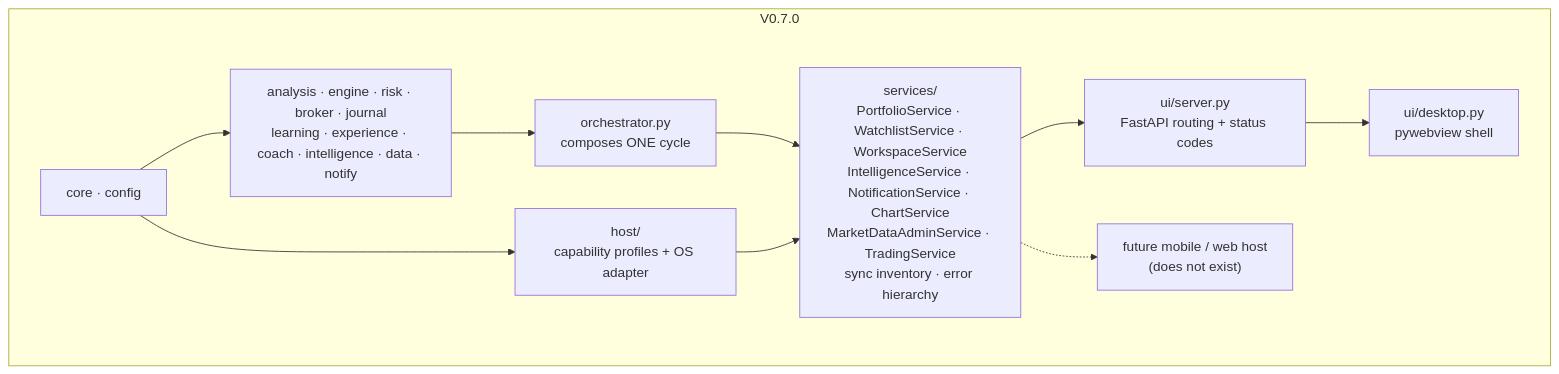
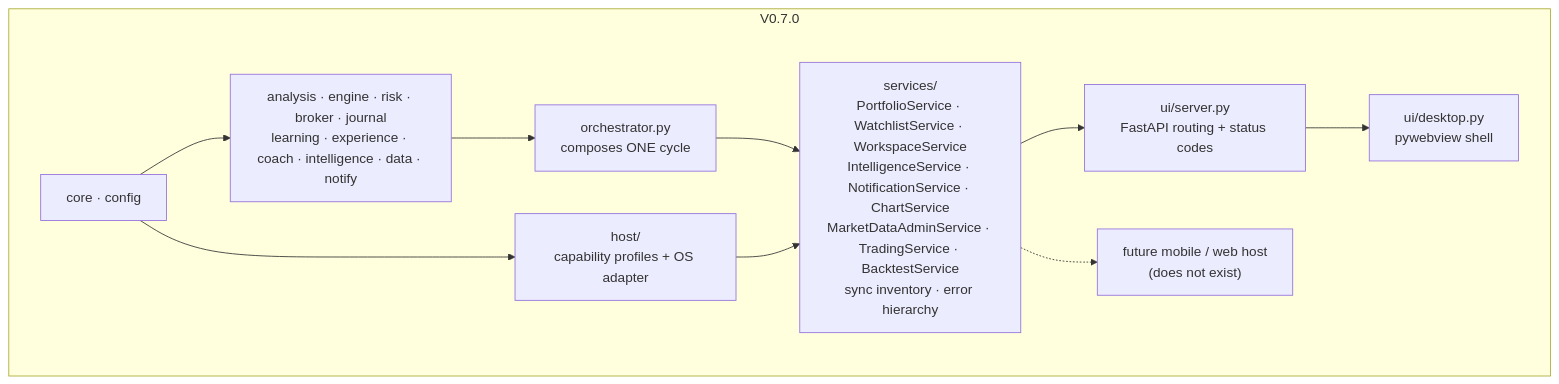
One commit to vereglover-star/OptionsPilot changed the diagram in docs/ARCHITECTURE-PLATFORM.md. Above: the diagram before and after it, drawn with Mermaid. The commit also changed other lines of this file and 13 other files, not shown here.

````diff
--- a/docs/ARCHITECTURE-PLATFORM.md
+++ b/docs/ARCHITECTURE-PLATFORM.md
@@ -29,22 +29,22 @@
 ```mermaid
 graph TB
     subgraph After["V0.7.0"]
         A_CORE["core · config"]
         A_HOST["host/<br/>capability profiles + OS adapter"]
         A_DOM["analysis · engine · risk · broker · journal<br/>learning · experience · coach · intelligence · data · notify"]
         A_ORCH["orchestrator.py<br/>composes ONE cycle"]
-        A_SVC["services/<br/>PortfolioService · WatchlistService · WorkspaceService<br/>IntelligenceService · NotificationService · ChartService<br/>MarketDataAdminService · TradingService<br/>sync inventory · error hierarchy"]
+        A_SVC["services/<br/>PortfolioService · WatchlistService · WorkspaceService<br/>IntelligenceService · NotificationService · ChartService<br/>MarketDataAdminService · TradingService · BacktestService<br/>sync inventory · error hierarchy"]
         A_UI["ui/server.py<br/>FastAPI routing + status codes"]
         A_WV["ui/desktop.py<br/>pywebview shell"]
         A_FUT["future mobile / web host<br/>(does not exist)"]
 
         A_CORE --> A_HOST
         A_CORE --> A_DOM
         A_DOM --> A_ORCH
         A_ORCH --> A_SVC
         A_HOST --> A_SVC
         A_SVC --> A_UI
         A_SVC -.-> A_FUT
         A_UI --> A_WV
     end
 ```
````
